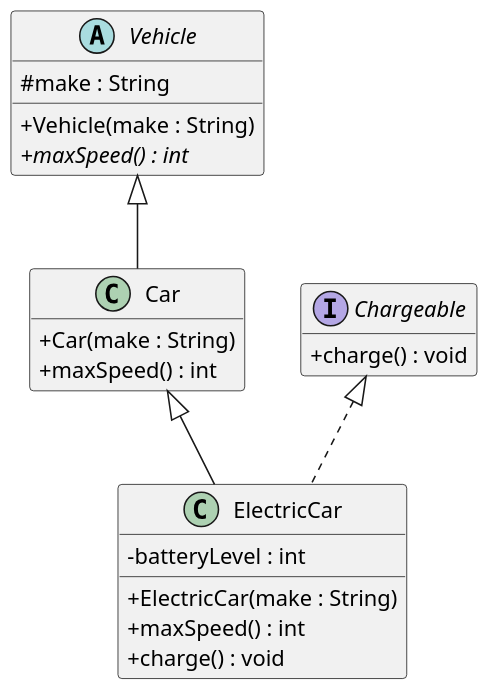
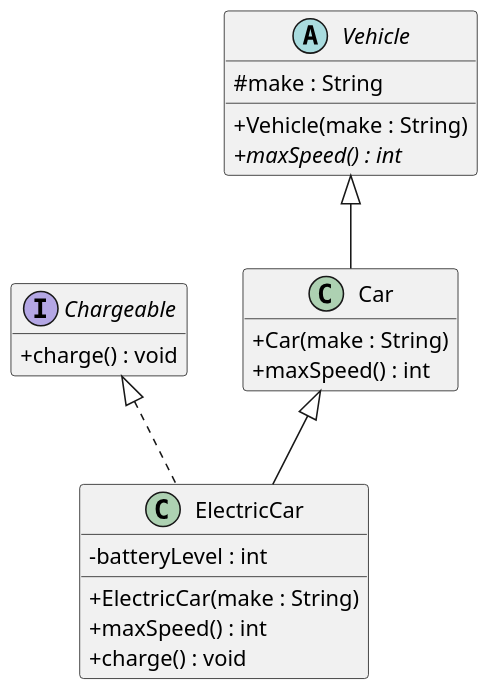
The diagram in plantuml/exercises/vehicles-uml-starter.puml (Mr25300/207-course-notes), drawn with PlantUML before and after one commit.

Commit message:
Reorganize chapter 3 exercise 2 and remove TODO

```diff
--- a/plantuml/exercises/vehicles-uml-starter.puml
+++ b/plantuml/exercises/vehicles-uml-starter.puml
@@ -1,51 +1,46 @@
 @startuml
 skinparam dpi 150
 skinparam classAttributeIconSize 0
 hide empty members
 
 ' Your task (Chapter 3, Question 2): draw the UML class diagram for the
 ' Vehicle / Car / ElectricCar / Chargeable code.
 '
 ' Define each type as a box, then connect them with the right arrows. One box
 ' (Chargeable) is filled in as an example — complete the other three and add the
 ' relationships.
 '
 ' PlantUML cheat-sheet:
 '   interface Name { + method() : Type }
 '   abstract class Name { # field : Type }
 '   class Name { - field : Type }
 '   Parent    <|-- Child    ' generalization: Child extends Parent
 '   Interface <|.. Class    ' realization:    Class implements Interface
 ' (Putting the parent/interface on the LEFT of the arrow keeps it on top.)
-
-Vehicle <|-- Car
-Car <|-- ElectricCar
-Chargeable <|.. ElectricCar
 
 interface Chargeable {
   + charge() : void
 }
 
 abstract class Vehicle {
   # make : String
   + Vehicle(make : String)
   + {abstract} maxSpeed() : int
 }
 
 class Car {
   + Car(make : String)
   + maxSpeed() : int
 }
 
 class ElectricCar {
   - batteryLevel : int
   + ElectricCar(make : String)
   + maxSpeed() : int
   + charge() : void
 }
 
-' TODO: add "abstract class Vehicle", "class Car", and "class ElectricCar"
-'       (with their fields and methods), then add the arrows between all four
-'       types.
-
+Vehicle <|-- Car
+Car <|-- ElectricCar
+Chargeable <|.. ElectricCar
 @enduml
```
